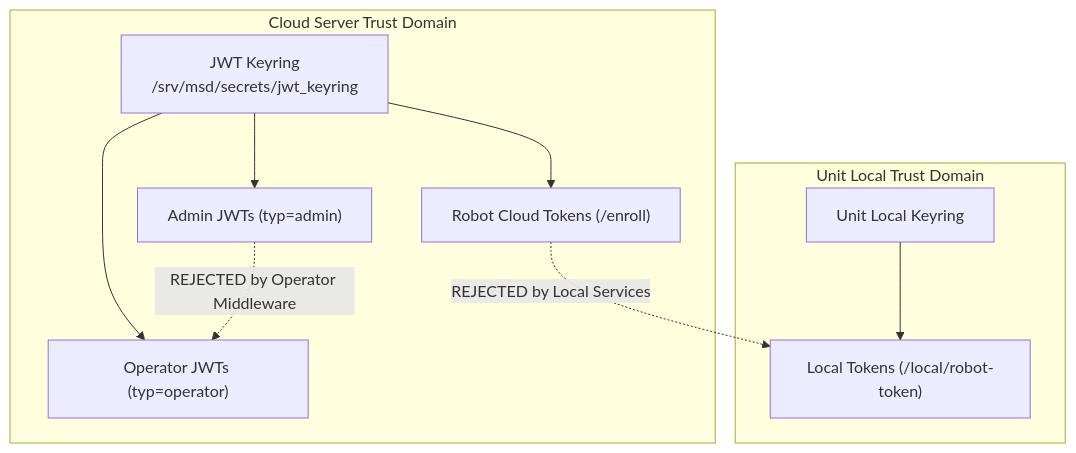
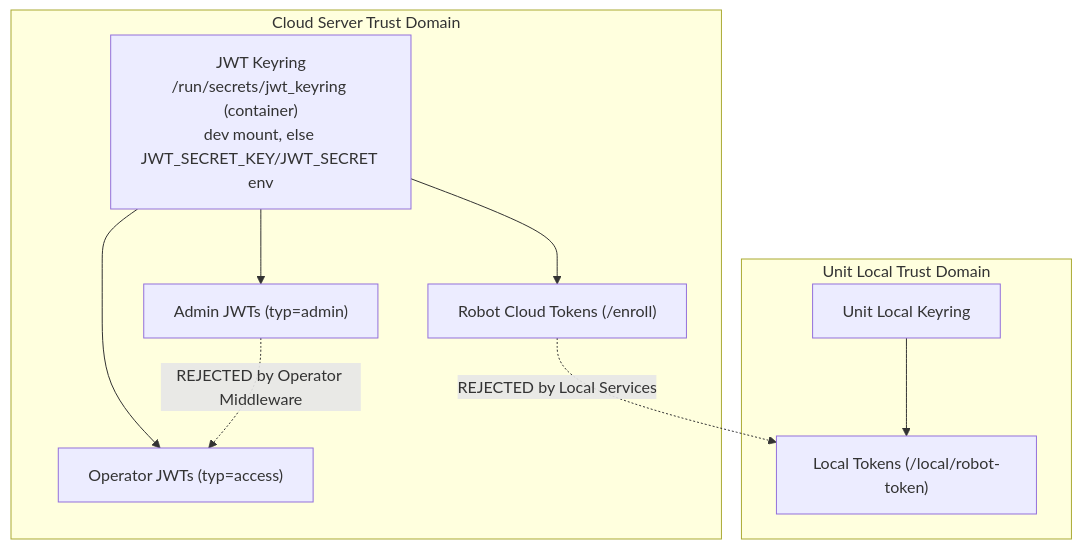
Before and after one commit to itbdelaboprogramming/msd700_documentation: the sixth of 7 diagrams in docs/development/architecture.md, drawn with Mermaid. The commit also changed other lines of this file and 110 other files, not shown here.

````diff
--- a/docs/development/architecture.md
+++ b/docs/development/architecture.md
@@ -233,22 +233,22 @@
 ```mermaid
 flowchart TB
   subgraph CloudDomain["Cloud Server Trust Domain"]
-    KEYRING["JWT Keyring<br/>/srv/msd/secrets/jwt_keyring"]
-    OP_TOKENS["Operator JWTs (typ=operator)"]
+    KEYRING["JWT Keyring<br/>/run/secrets/jwt_keyring (container)<br/>dev mount, else JWT_SECRET_KEY/JWT_SECRET env"]
+    OP_TOKENS["Operator JWTs (typ=access)"]
     ADMIN_TOKENS["Admin JWTs (typ=admin)"]
     ROBOT_TOKENS["Robot Cloud Tokens (/enroll)"]
   end
 
   subgraph UnitDomain["Unit Local Trust Domain"]
     LOCAL_KEY["Unit Local Keyring"]
     LOCAL_TOKENS["Local Tokens (/local/robot-token)"]
   end
 
   KEYRING --> OP_TOKENS
   KEYRING --> ADMIN_TOKENS
   KEYRING --> ROBOT_TOKENS
   LOCAL_KEY --> LOCAL_TOKENS
 
   ROBOT_TOKENS -.->|"REJECTED by Local Services"| LOCAL_TOKENS
   ADMIN_TOKENS -.->|"REJECTED by Operator Middleware"| OP_TOKENS
 ```
````
